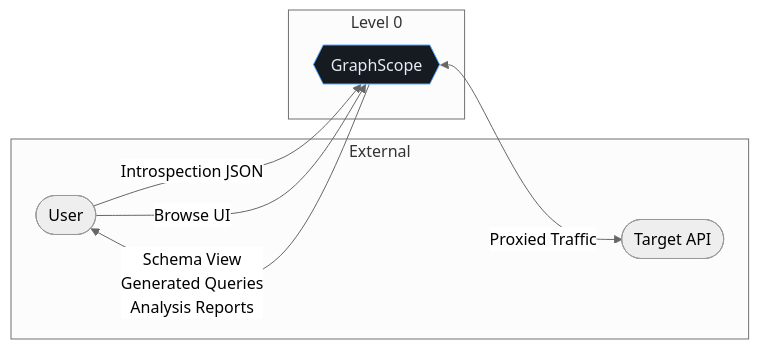
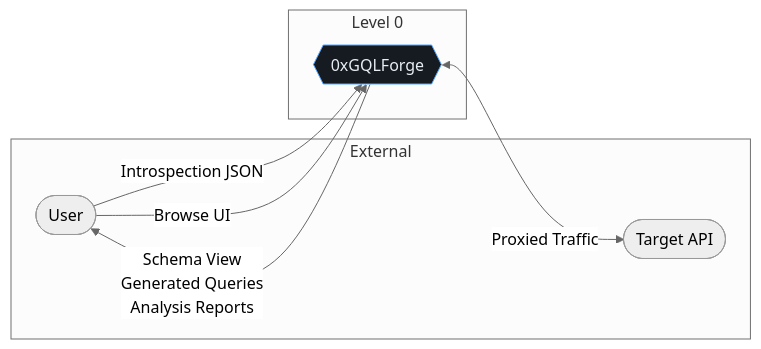
The second of 6 diagrams in README.md (0xDTC/0xGQLForge), drawn with Mermaid (neutral theme) before and after one commit. The commit also changed other lines of this file and 32 other files, not shown here.

````diff
--- a/README.md
+++ b/README.md
@@ -165,18 +165,18 @@
 ```mermaid
 flowchart LR
     subgraph "External"
         USER([User])
         TARGET([Target API])
     end
 
     subgraph "Level 0"
-        GS{{"GraphScope"}}
+        GS{{"0xGQLForge"}}
     end
 
     USER -->|Introspection JSON| GS
     USER -->|Browse UI| GS
     GS -->|Schema View<br/>Generated Queries<br/>Analysis Reports| USER
     GS <-->|Proxied Traffic| TARGET
 
     style GS fill:#161b22,stroke:#58a6ff,color:#e6edf3
 ```
````
